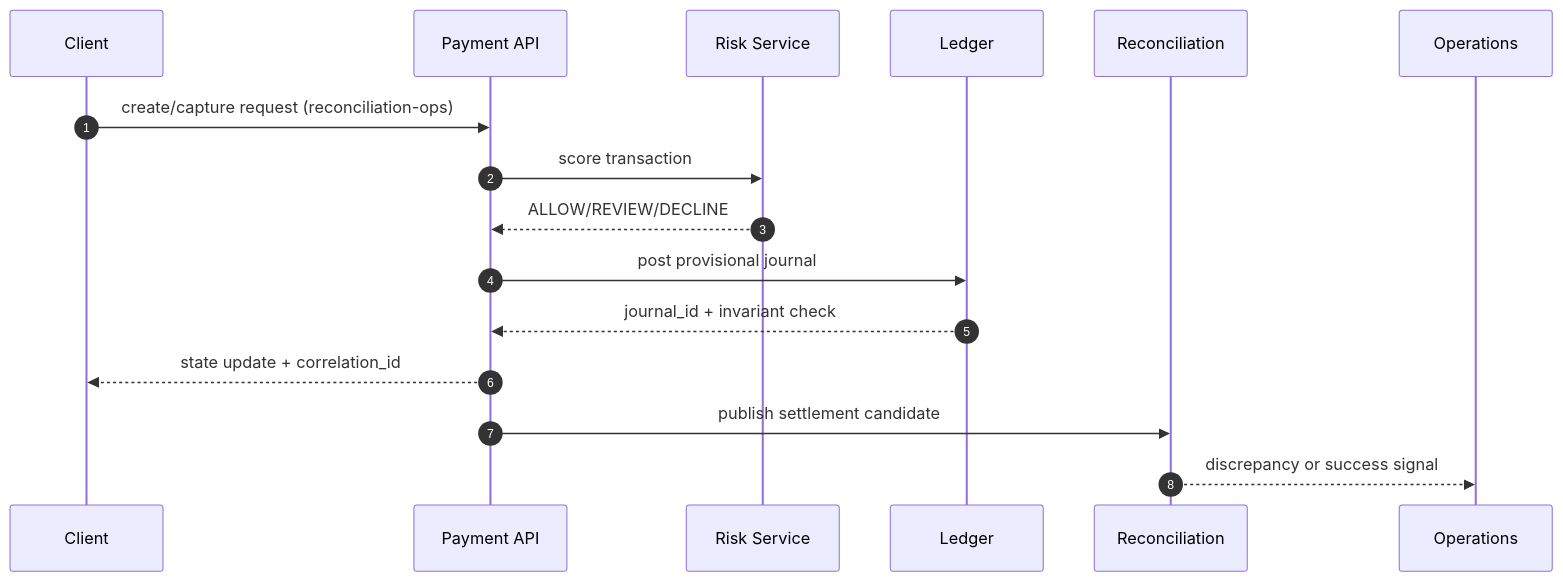
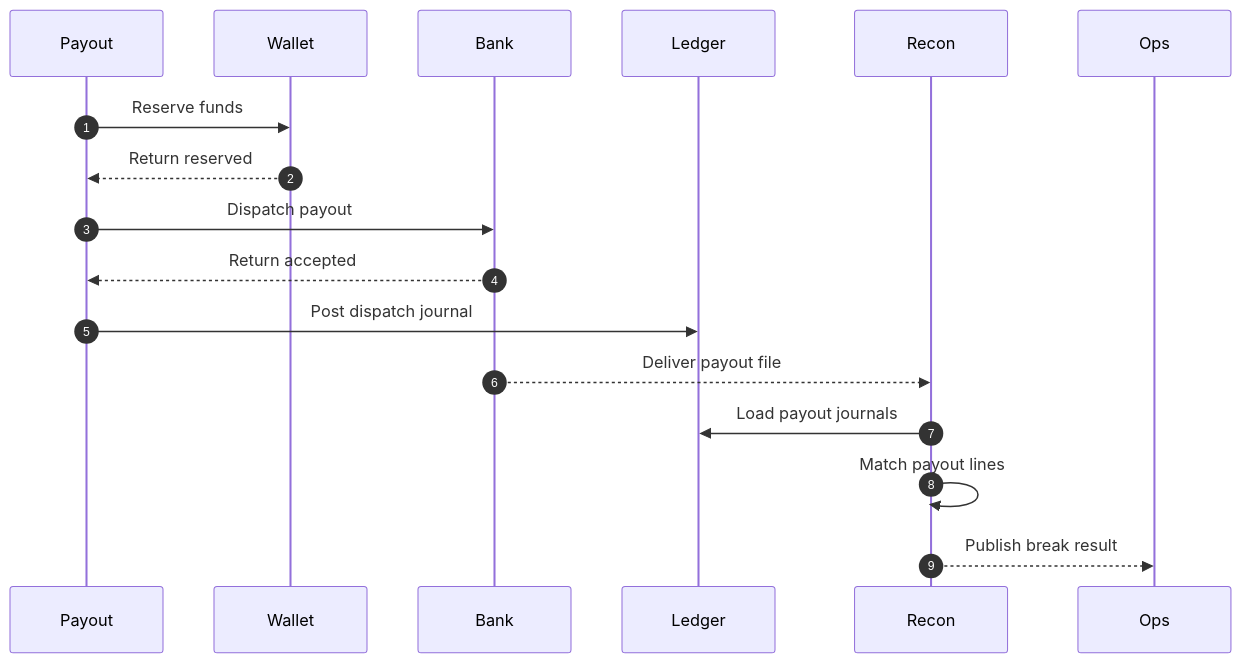
Before and after one commit to 0Ankit0/Project-Ideas: the diagram in Payment Orchestration and Wallet Platform/edge-cases/payout-reconciliation.md, drawn with Mermaid. The commit also changed other lines of this file and 15 other files, not shown here.

Commit message:
Update Payment Orchestration and Wallet Platform: analysis docs

````diff
--- a/Payment Orchestration and Wallet Platform/edge-cases/payout-reconciliation.md
+++ b/Payment Orchestration and Wallet Platform/edge-cases/payout-reconciliation.md
@@ -46,19 +37,20 @@
 ```mermaid
 sequenceDiagram
     autonumber
-    participant Client
-    participant API as Payment API
-    participant Risk as Risk Service
+    participant Payout
+    participant Wallet
+    participant Bank
     participant Ledger
-    participant Recon as Reconciliation
-    participant Ops as Operations
+    participant Recon
+    participant Ops
 
-    Client->>API: create/capture request (reconciliation-ops)
-    API->>Risk: score transaction
-    Risk-->>API: ALLOW/REVIEW/DECLINE
-    API->>Ledger: post provisional journal
-    Ledger-->>API: journal_id + invariant check
-    API-->>Client: state update + correlation_id
-    API->>Recon: publish settlement candidate
-    Recon-->>Ops: discrepancy or success signal
+    Payout->>Wallet: Reserve funds
+    Wallet-->>Payout: Return reserved
+    Payout->>Bank: Dispatch payout
+    Bank-->>Payout: Return accepted
+    Payout->>Ledger: Post dispatch journal
+    Bank-->>Recon: Deliver payout file
+    Recon->>Ledger: Load payout journals
+    Recon->>Recon: Match payout lines
+    Recon-->>Ops: Publish break result
 ```
````
